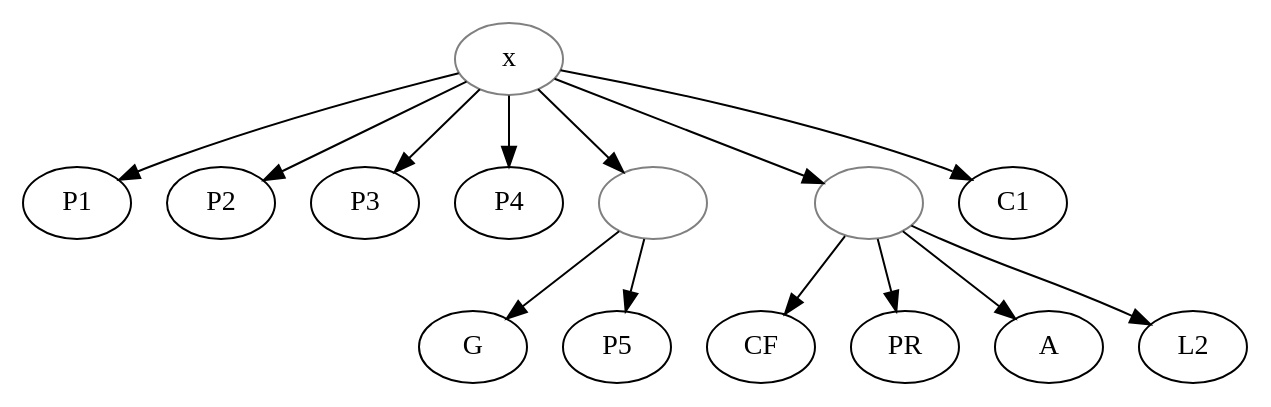
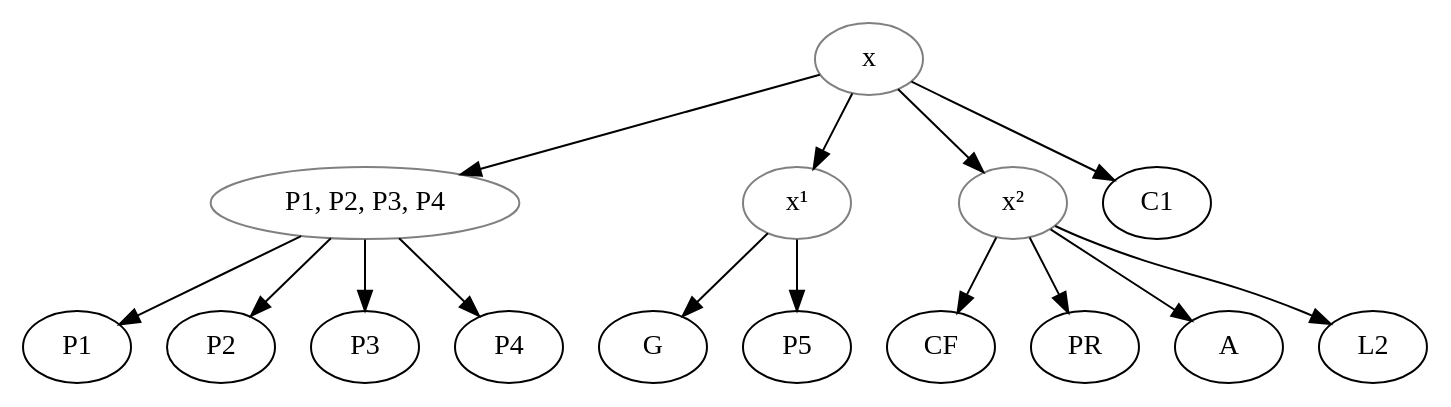
One commit to OpenStemmata/database changed the diagram in data/frm/Crecy_1997_xPonthus/stemma.gv. Above: the diagram before and after it, drawn with Graphviz.

```diff
--- a/data/frm/Crecy_1997_xPonthus/stemma.gv
+++ b/data/frm/Crecy_1997_xPonthus/stemma.gv
@@ -1,23 +1,25 @@
 digraph {
 
 x [color="grey"];
-x -> P1; 
-x -> P2; 
-x -> P3; 
-x -> P4; 
+a[label="P1, P2, P3, P4", color="grey"];
+x-> a;
+a -> P1; 
+a -> P2; 
+a -> P3; 
+a -> P4; 
 
-x-> 1;
-1 [label="", color="grey"];
-1 -> G; 
-1 -> P5;
+x-> x1;
+x1[label="x¹", color="grey"];
+x1 -> G; 
+x1 -> P5;
 
-x -> 2;
-2 [label="", color="grey"];
-2 -> CF; 
-2 -> PR;
-2 -> A; 
-2 -> L2; 
+x -> x2;
+x2[label="x²", color="grey"];
+x2 -> CF; 
+x2 -> PR;
+x2 -> A; 
+x2 -> L2; 
 
 x -> C1;
 
 }
```
